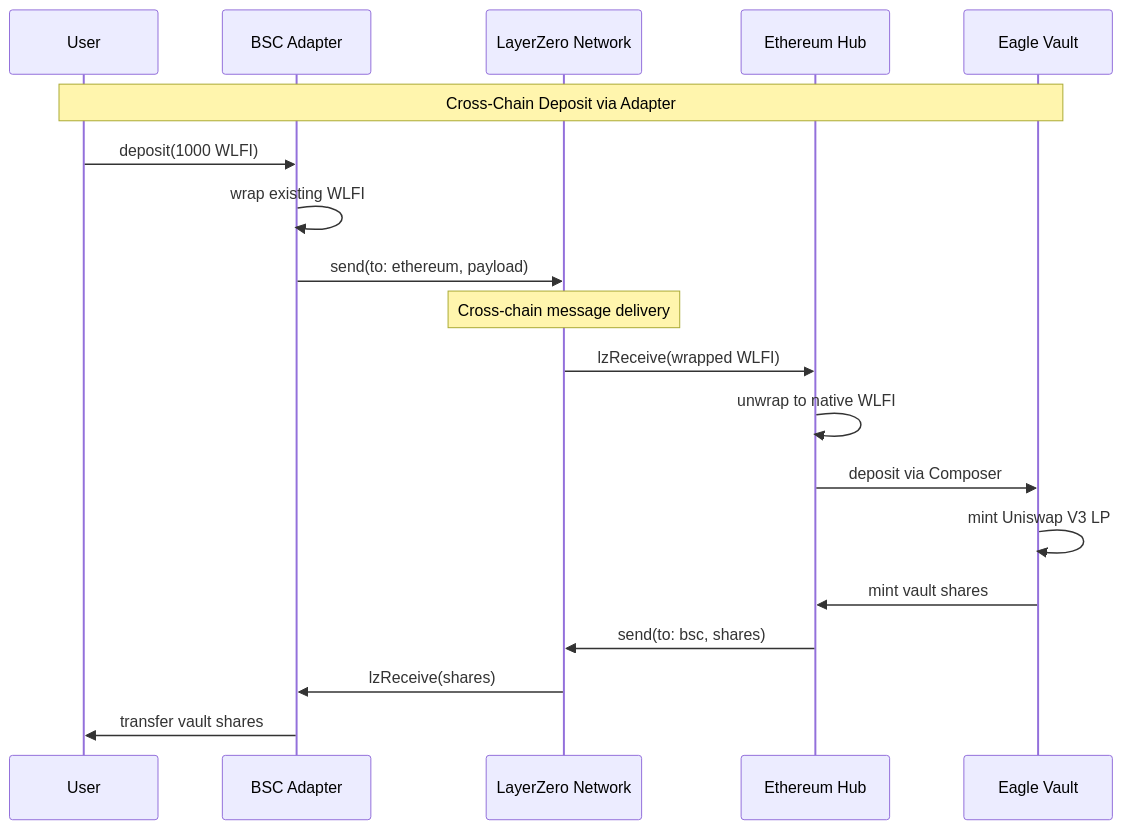
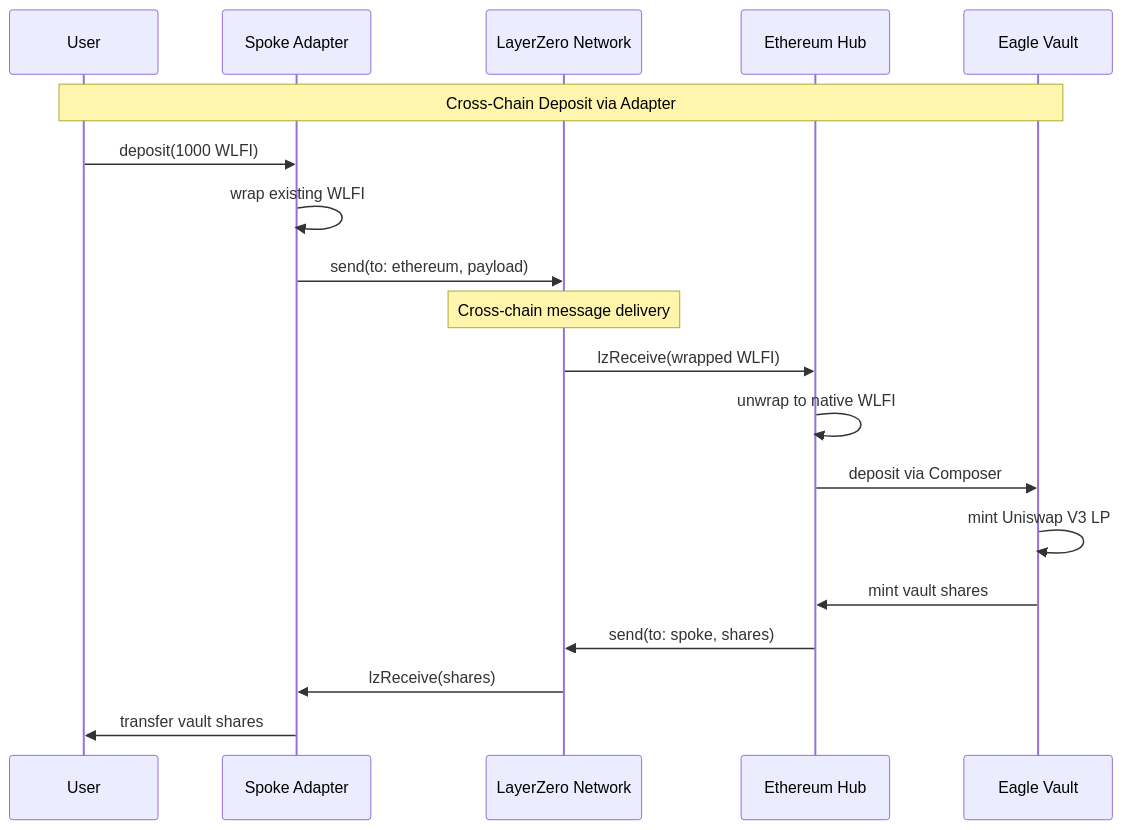
One commit to 47-Eagle/docs changed the third of 5 diagrams in docs/dev/architecture.md. Above: the diagram before and after it, drawn with Mermaid. The commit also changed other lines of this file, not shown here.

First line of the commit message:
🔒 Complete BSC/BNB Chain Redaction from Architecture

````diff
--- a/docs/dev/architecture.md
+++ b/docs/dev/architecture.md
@@ -192,25 +192,25 @@
 ```mermaid
 sequenceDiagram
     participant User
-    participant BSC as BSC Adapter
+    participant SPOKE as Spoke Adapter
     participant LZ as LayerZero Network
     participant ETH as Ethereum Hub
     participant Vault as Eagle Vault
     
     Note over User, Vault: Cross-Chain Deposit via Adapter
     
-    User->>BSC: deposit(1000 WLFI)
-    BSC->>BSC: wrap existing WLFI
-    BSC->>LZ: send(to: ethereum, payload)
+    User->>SPOKE: deposit(1000 WLFI)
+    SPOKE->>SPOKE: wrap existing WLFI
+    SPOKE->>LZ: send(to: ethereum, payload)
     
     Note over LZ: Cross-chain message delivery
     
     LZ->>ETH: lzReceive(wrapped WLFI)
     ETH->>ETH: unwrap to native WLFI
     ETH->>Vault: deposit via Composer
     Vault->>Vault: mint Uniswap V3 LP
     Vault->>ETH: mint vault shares
-    ETH->>LZ: send(to: bsc, shares)
-    LZ->>BSC: lzReceive(shares)
-    BSC->>User: transfer vault shares
+    ETH->>LZ: send(to: spoke, shares)
+    LZ->>SPOKE: lzReceive(shares)
+    SPOKE->>User: transfer vault shares
 ```
````
